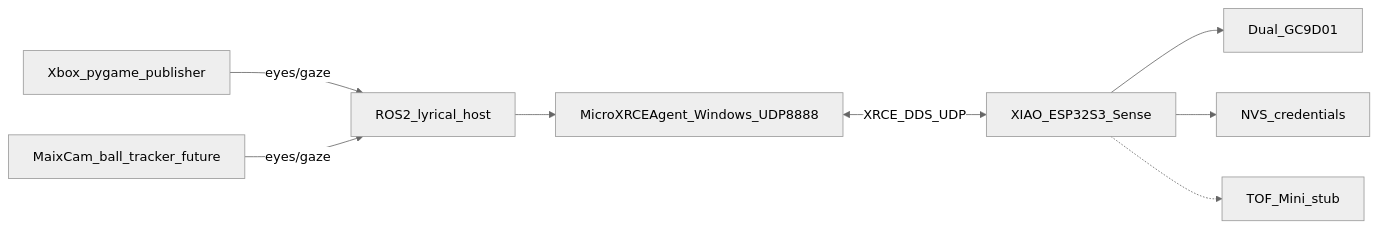
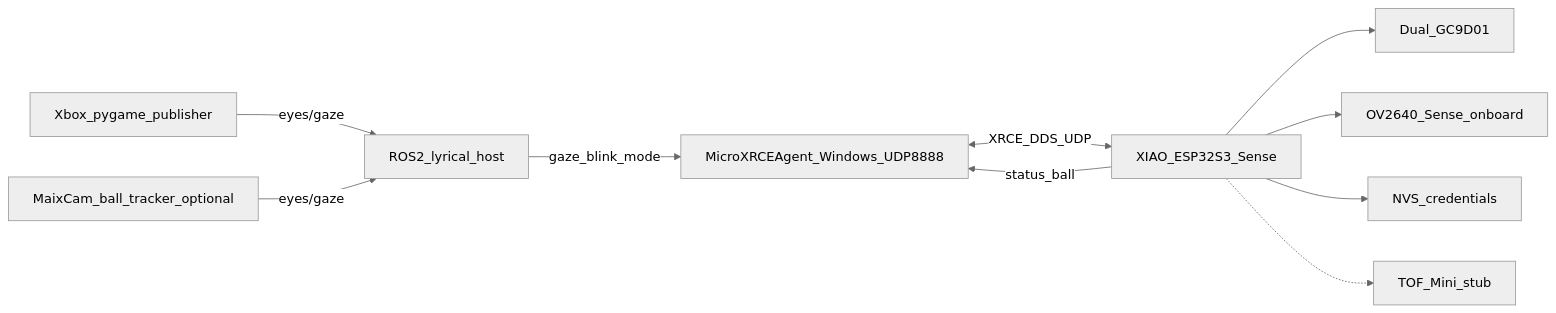
One commit to Nutz95/ROSEyes changed the first of 3 diagrams in docs/ARCHITECTURE.md. Above: the diagram before and after it, drawn with Mermaid (neutral theme). The commit also changed other lines of this file and 6 other files, not shown here.

First line of the commit message:
Document ball tracking, ROS topics, and debug cockpit flow.

````diff
--- a/docs/ARCHITECTURE.md
+++ b/docs/ARCHITECTURE.md
@@ -5,19 +5,22 @@
 ```mermaid
 flowchart LR
   Xbox[Xbox_pygame_publisher]
-  MaixCam[MaixCam_ball_tracker_future]
+  MaixCam[MaixCam_ball_tracker_optional]
   HostRos[ROS2_lyrical_host]
   Agent[MicroXRCEAgent_Windows_UDP8888]
   Esp[XIAO_ESP32S3_Sense]
   Eyes[Dual_GC9D01]
+  Cam[OV2640_Sense_onboard]
   Nvs[NVS_credentials]
   Tof[TOF_Mini_stub]
 
   Xbox -->|eyes/gaze| HostRos
   MaixCam -->|eyes/gaze| HostRos
-  HostRos --> Agent
+  HostRos -->|gaze_blink_mode| Agent
   Agent <-->|XRCE_DDS_UDP| Esp
+  Esp -->|status_ball| Agent
   Esp --> Eyes
+  Esp --> Cam
   Esp --> Nvs
   Esp -.-> Tof
 ```
````
